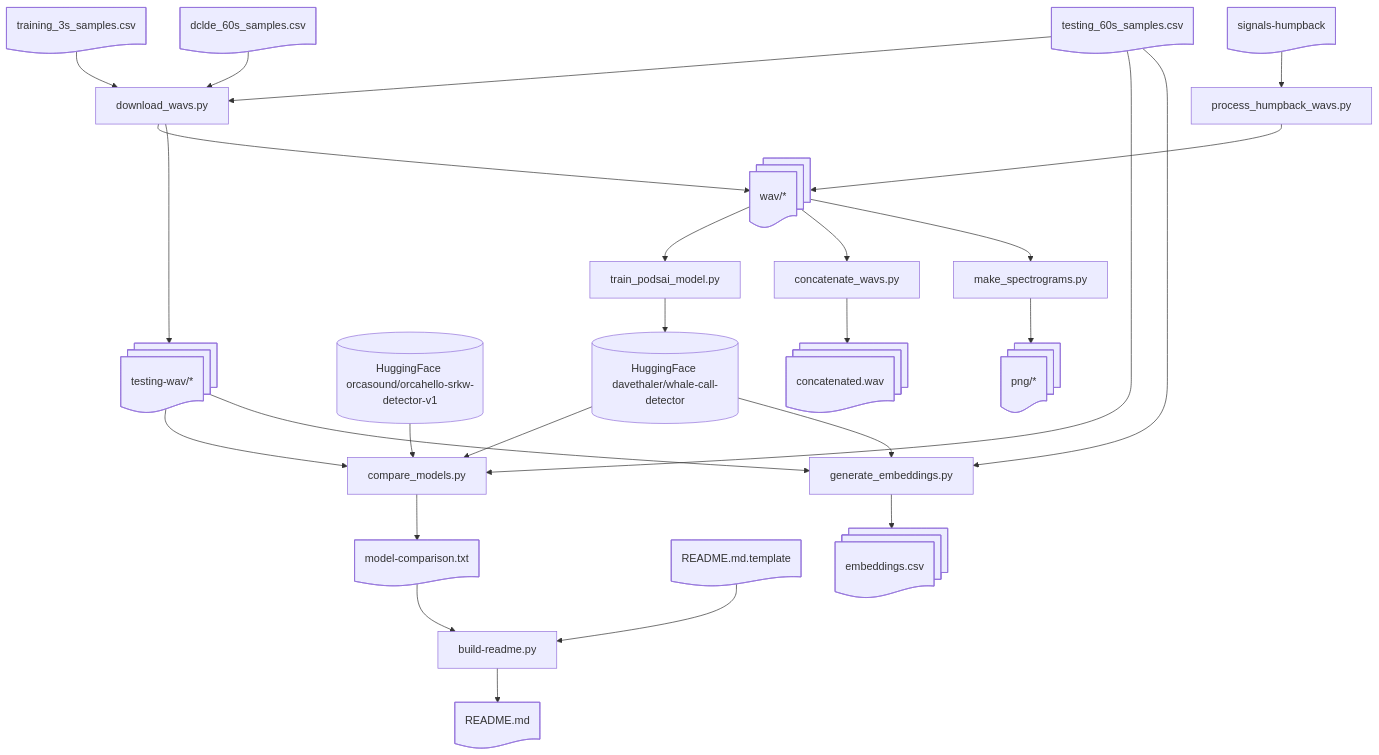
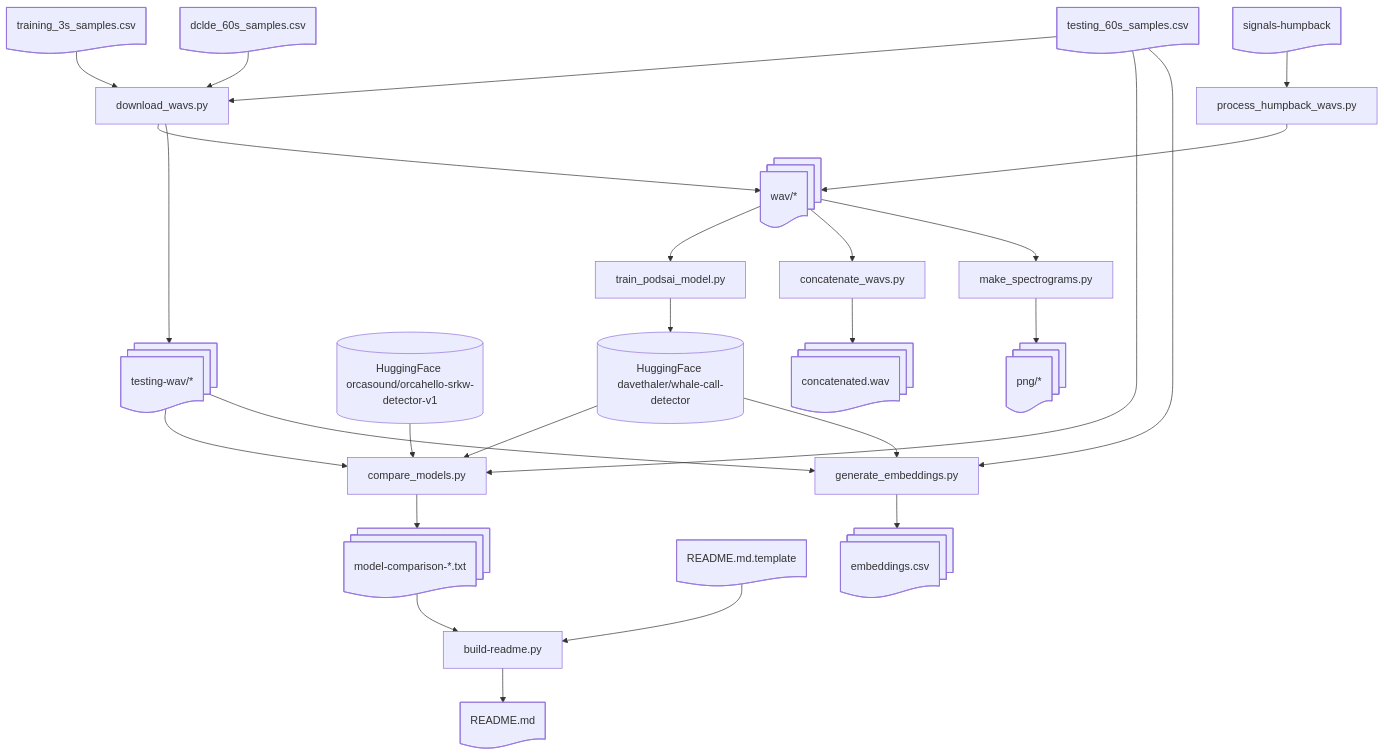
Before and after one commit to andrewolee/pods-ai: the diagram in README.md, drawn with Mermaid. The commit also changed other lines of this file and 11 other files, not shown here.

````diff
--- a/README.md
+++ b/README.md
@@ -236,47 +237,47 @@
 ```mermaid
 flowchart TD;
     podsaiModel[(HuggingFace davethaler/whale-call-detector)];
     orcaHelloModel[(HuggingFace orcasound/orcahello-srkw-detector-v1)];
     trainingSamples@{ shape: doc, label: "training_3s_samples.csv" };
     testingSamples@{ shape: doc, label: "testing_60s_samples.csv" };
     dcldeSamples@{ shape: doc, label: "dclde_60s_samples.csv" };
     signalsHumpback@{ shape: doc, label: "signals-humpback" };
     wav@{ shape: docs, label: "wav/*" };
     testingWav@{ shape: docs, label: "testing-wav/*" };
-    modelComparison@{ shape: doc, label: "model-comparison.txt" };
+    modelComparison@{ shape: docs, label: "model-comparison-*.txt" };
     readmeTemplate@{ shape: doc, label: "README.md.template" };
     readme@{ shape: doc, label: "README.md" };
     concatenated@{ shape: docs, label: "concatenated.wav" };
     png@{ shape: docs, label: "png/*" };
     embeddings@{ shape: docs, label: "embeddings.csv" };
 
     downloadWavs@{ shape: rect, label: "download_wavs.py" };
     processHumpbackWavs@{ shape: rect, label: "process_humpback_wavs.py" };
     trainPodsaiModel@{ shape: rect, label: "train_podsai_model.py" };
     compareModels@{ shape: rect, label: "compare_models.py" };
     buildReadme@{ shape: rect, label: "build-readme.py" };
     concatenateWavs@{ shape: rect, label: "concatenate_wavs.py" };
     makeSpectrograms@{ shape: rect, label: "make_spectrograms.py" };
     generateEmbeddings@{ shape: rect, label: "generate_embeddings.py" };
 
     trainingSamples-->downloadWavs-->wav;
     signalsHumpback-->processHumpbackWavs-->wav;
     dcldeSamples-->downloadWavs;
     testingSamples-->downloadWavs-->testingWav;
 
     wav-->trainPodsaiModel-->podsaiModel;
 
     podsaiModel-->compareModels;
     testingSamples-->compareModels;
     testingWav-->compareModels;
     orcaHelloModel-->compareModels;
     compareModels-->modelComparison;
     modelComparison-->buildReadme;
     readmeTemplate-->buildReadme-->readme;
 
     wav-->concatenateWavs-->concatenated;
     wav-->makeSpectrograms-->png;
     podsaiModel-->generateEmbeddings;
     testingSamples-->generateEmbeddings;
     testingWav-->generateEmbeddings-->embeddings;
 ```
````
